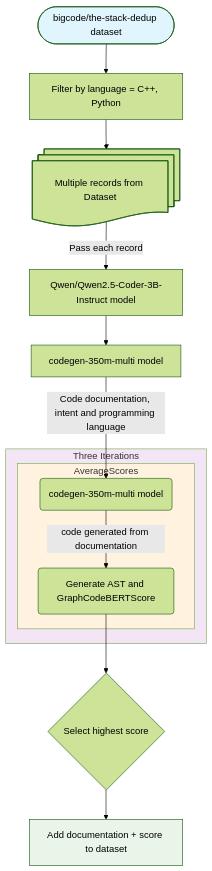
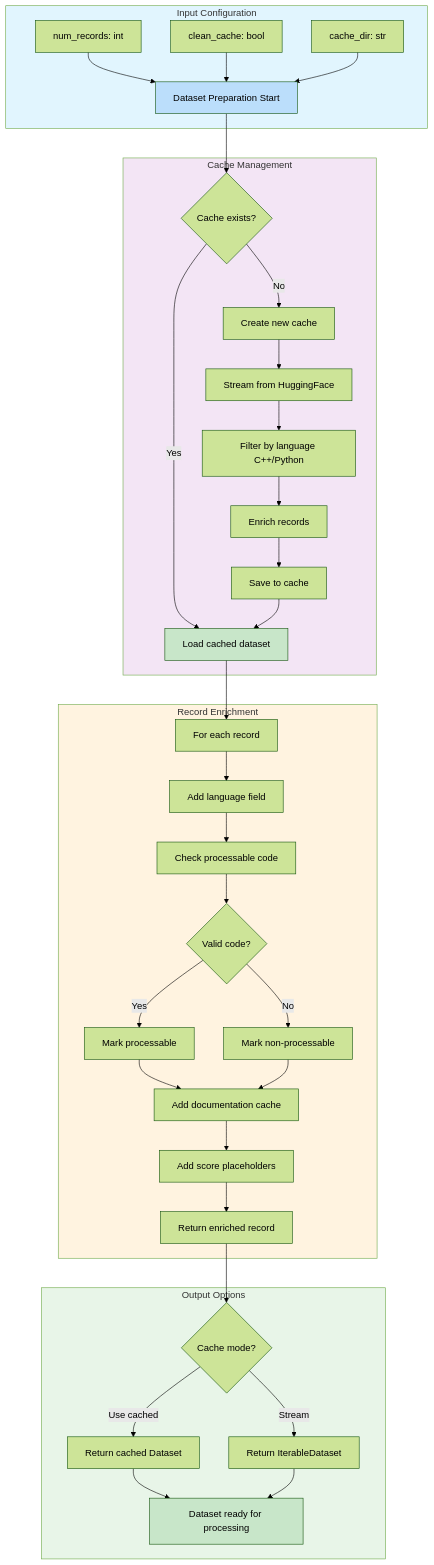
The second of 7 diagrams in Group-30/Architecture/Diagrams.md (nayanjha16/CodeGen-Implementations-May_26), drawn with Mermaid (forest theme) before and after one commit. The commit also changed other lines of this file, not shown here.

````diff
--- a/Group-30/Architecture/Diagrams.md
+++ b/Group-30/Architecture/Diagrams.md
@@ -13,21 +158,49 @@
 ```mermaid
-graph TD
-    A([bigcode/the-stack-dedup dataset]) --> B[Filter by language = C++, Python]
-    B --> C@{ shape: docs, label: "Multiple records from Dataset"}
-    C -- "Pass each record"--> D[Qwen/Qwen2.5-Coder-3B-Instruct model]
-    D --> E[codegen-350m-multi model]
-    E -- "Code documentation, intent and programming language" --> F("codegen-350m-multi model")
-    subgraph Iteration[Three Iterations]
-
-        subgraph AverageScores[AverageScores]
-        F -- " code generated from documentation"--> G("Generate AST and GraphCodeBERTScore")
-        end
+flowchart TD
+    subgraph Input[Input Configuration]
+        A[num_records: int] --> B
+        C[clean_cache: bool] --> B
+        D[cache_dir: str] --> B
+        B[Dataset Preparation Start]
     end
 
-    G --> L{Select highest score}
-    L --> M[Add documentation + score to dataset]
-    style A fill:#e1f5fe
-    style Iteration fill:#f3e5f5
-    style AverageScores fill:#fff3e0
-    style M fill:#e8f5e8
+    subgraph Cache[Cache Management]
+        B --> E{Cache exists?}
+        E -->|Yes| F[Load cached dataset]
+        E -->|No| G[Create new cache]
+        G --> H[Stream from HuggingFace]
+        H --> I[Filter by language C++/Python]
+        I --> J[Enrich records]
+        J --> K[Save to cache]
+        K --> F
+    end
+
+    subgraph Enrichment[Record Enrichment]
+        F --> L[For each record]
+        L --> M[Add language field]
+        M --> N[Check processable code]
+        N --> O{Valid code?}
+        O -->|Yes| P[Mark processable]
+        O -->|No| Q[Mark non-processable]
+        P --> R[Add documentation cache]
+        Q --> R
+        R --> S[Add score placeholders]
+        S --> T[Return enriched record]
+    end
+
+    subgraph Output[Output Options]
+        T --> U{Cache mode?}
+        U -->|Use cached| V[Return cached Dataset]
+        U -->|Stream| W[Return IterableDataset]
+        V --> X[Dataset ready for processing]
+        W --> X
+    end
+
+    style Input fill:#e1f5fe
+    style Cache fill:#f3e5f5
+    style Enrichment fill:#fff3e0
+    style Output fill:#e8f5e8
+    style B fill:#bbdefb
+    style F fill:#c8e6c9
+    style X fill:#c8e6c9
 ```
````
